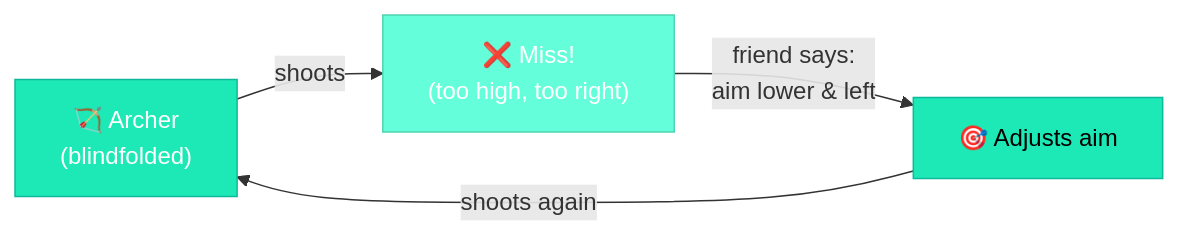
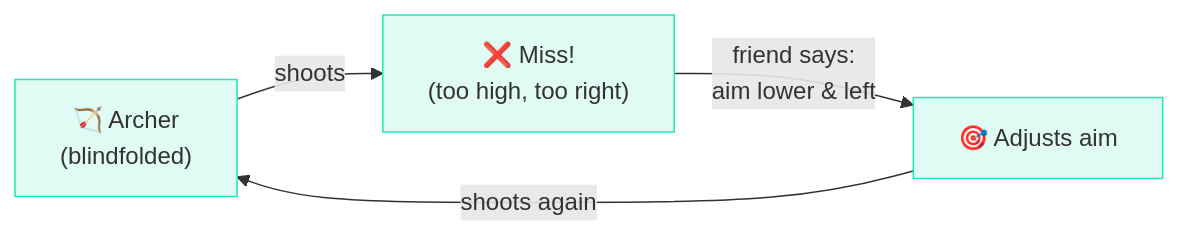
One commit to iamkhalid2/microgpt-course changed the first of 2 diagrams in docs/00-the-big-picture/02-the-learning-machine-analogy.md. Above: the diagram before and after it, drawn with Mermaid. The commit also changed other lines of this file and 21 other files, not shown here.

Commit message:
Fix Mermaid: remove hardcoded text color (theme-adaptive), add mobile scrolling, fix \\n to br

````diff
--- a/docs/00-the-big-picture/02-the-learning-machine-analogy.md
+++ b/docs/00-the-big-picture/02-the-learning-machine-analogy.md
@@ -11,10 +11,10 @@
 ```mermaid
 flowchart LR
-    A["🏹 Archer\n(blindfolded)"] -- "shoots" --> B["❌ Miss!\n(too high, too right)"]
-    B -- "friend says:\naim lower & left" --> C["🎯 Adjusts aim"]
+    A["🏹 Archer<br>(blindfolded)"] -- "shoots" --> B["❌ Miss!<br>(too high, too right)"]
+    B -- "friend says:<br>aim lower & left" --> C["🎯 Adjusts aim"]
     C -- "shoots again" --> A
 
-    style A fill:#1de9b6,stroke:#0db99a,color:#fff
-    style B fill:#64ffda,stroke:#4dd4b0,color:#fff
-    style C fill:#1de9b6,stroke:#0db99a,color:#000
+    style A fill:#e0faf4,stroke:#1de9b6
+    style B fill:#e0faf4,stroke:#1de9b6
+    style C fill:#e0faf4,stroke:#1de9b6
 ```
````
